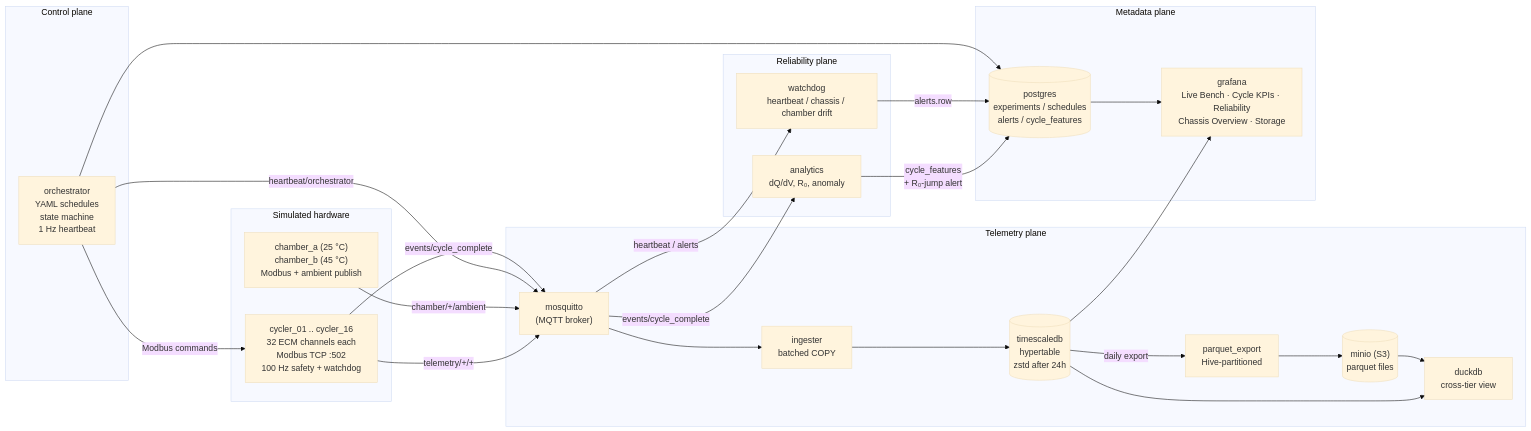
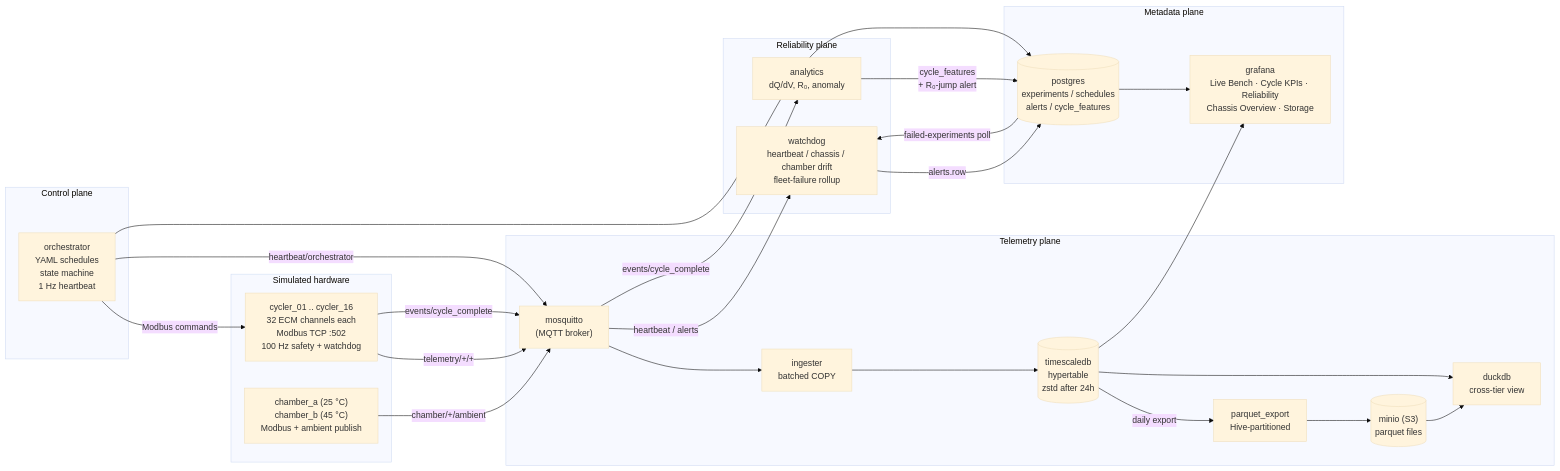
Before and after one commit to jmcmeen/battery-lab-sim: the diagram in README.md, drawn with Mermaid (base theme). The commit also changed other lines of this file and 9 other files, not shown here.

````diff
--- a/README.md
+++ b/README.md
@@ -67,47 +67,48 @@
 ```mermaid
 flowchart LR
     subgraph control["Control plane"]
         ORCH["orchestrator<br/>YAML schedules<br/>state machine<br/>1 Hz heartbeat"]
     end
 
     subgraph hardware["Simulated hardware"]
         CYC["cycler_01 .. cycler_16<br/>32 ECM channels each<br/>Modbus TCP :502<br/>100 Hz safety + watchdog"]
         CHAMB["chamber_a (25 °C)<br/>chamber_b (45 °C)<br/>Modbus + ambient publish"]
     end
 
     subgraph telemetry["Telemetry plane"]
         MQTT["mosquitto<br/>(MQTT broker)"]
         ING["ingester<br/>batched COPY"]
         TSDB[("timescaledb<br/>hypertable<br/>zstd after 24h")]
         PE["parquet_export<br/>Hive-partitioned"]
         MINIO[("minio (S3)<br/>parquet files")]
         DUCK["duckdb<br/>cross-tier view"]
     end
 
     subgraph reliability["Reliability plane"]
-        WD["watchdog<br/>heartbeat / chassis / chamber drift"]
+        WD["watchdog<br/>heartbeat / chassis / chamber drift<br/>fleet-failure rollup"]
         ANA["analytics<br/>dQ/dV, R₀, anomaly"]
     end
 
     subgraph metadata["Metadata plane"]
         PG[("postgres<br/>experiments / schedules<br/>alerts / cycle_features")]
         GRAF["grafana<br/>Live Bench · Cycle KPIs · Reliability<br/>Chassis Overview · Storage"]
     end
 
     ORCH -- "Modbus commands" --> CYC
     CYC -- "telemetry/+/+" --> MQTT
     CHAMB -- "chamber/+/ambient" --> MQTT
     ORCH -- "heartbeat/orchestrator" --> MQTT
     CYC -- "events/cycle_complete" --> MQTT
     MQTT --> ING --> TSDB
     TSDB -- "daily export" --> PE --> MINIO
     TSDB --> DUCK
     MINIO --> DUCK
     MQTT -- "heartbeat / alerts" --> WD
     MQTT -- "events/cycle_complete" --> ANA
     ANA -- "cycle_features<br/>+ R₀-jump alert" --> PG
     WD -- "alerts.row" --> PG
+    PG -- "failed-experiments poll" --> WD
     ORCH --> PG
     PG --> GRAF
     TSDB --> GRAF
 ```
````
